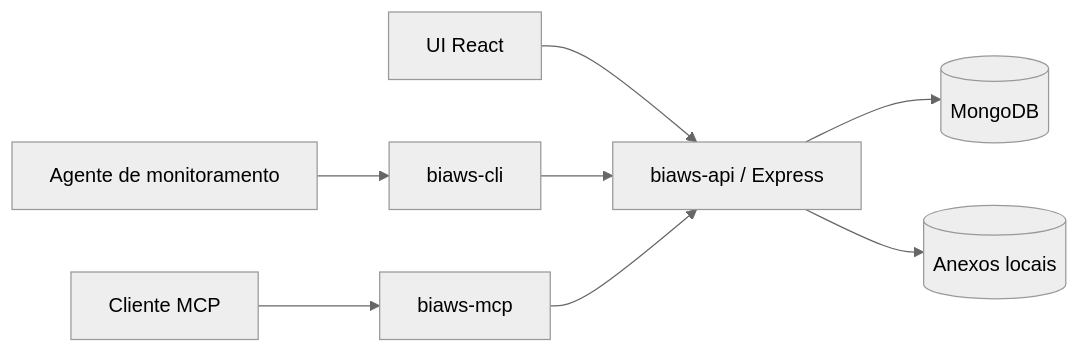
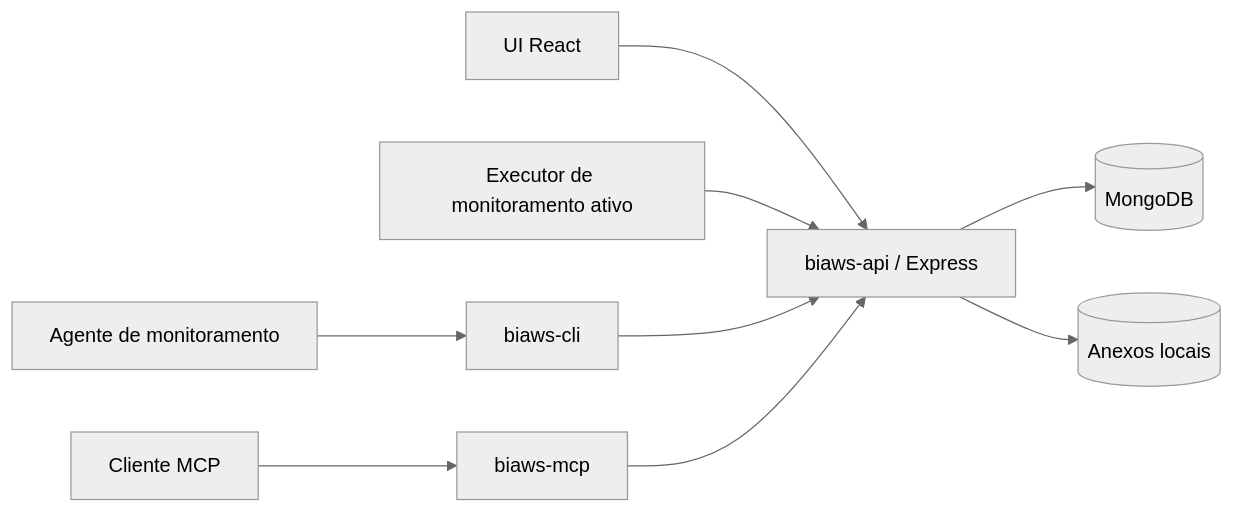
Before and after one commit to fbondia/biaws: the diagram in README.md, drawn with Mermaid (neutral theme). The commit also changed other lines of this file and 28 other files, not shown here.

````diff
--- a/README.md
+++ b/README.md
@@ -146,10 +146,11 @@
 ```mermaid
 flowchart LR
     Browser[UI React] --> API[biaws-api / Express]
     Agent[Cliente MCP] --> MCP[biaws-mcp]
     Monitor[Agente de monitoramento] --> CLI
+    Executor[Executor de monitoramento ativo] --> API
     CLI[biaws-cli] --> API
     MCP --> API
     API --> Mongo[(MongoDB)]
     API --> Files[(Anexos locais)]
 ```
````
